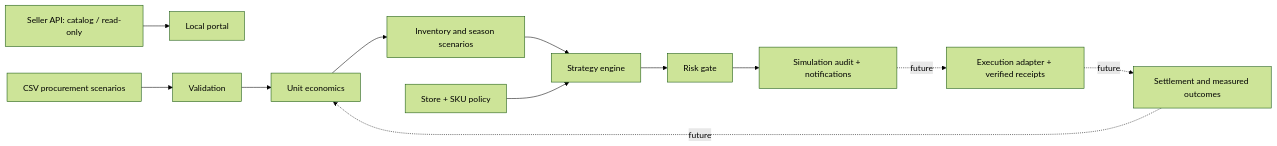
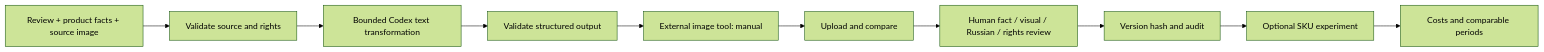
One commit to arszs/ozon-ops-crew changed the diagram in docs/ARCHITECTURE.md. Above: the diagram before and after it, drawn with Mermaid (forest theme). The commit also changed other lines of this file and 33 other files, not shown here.

````diff
--- a/docs/ARCHITECTURE.md
+++ b/docs/ARCHITECTURE.md
@@ -3,14 +5,12 @@
 ```mermaid
 flowchart LR
- A[Seller API: catalog / read-only] --> B[Local portal]
- C[CSV procurement scenarios] --> D[Validation]
- D --> E[Unit economics]
- E --> F[Inventory and season scenarios]
- F --> G[Strategy engine]
- H[Store + SKU policy] --> G
- G --> I[Risk gate]
- I --> J[Simulation audit + notifications]
- J -. future .-> K[Execution adapter + verified receipts]
- K -. future .-> L[Settlement and measured outcomes]
- L -. future .-> E
+ A[Review + product facts + source image] --> B[Validate source and rights]
+ B --> C[Bounded Codex text transformation]
+ C --> D[Validate structured output]
+ D --> E[External image tool: manual]
+ E --> F[Upload and compare]
+ F --> G[Human fact / visual / Russian / rights review]
+ G --> H[Version hash and audit]
+ H --> I[Optional SKU experiment]
+ I --> J[Costs and comparable periods]
 ```
````
